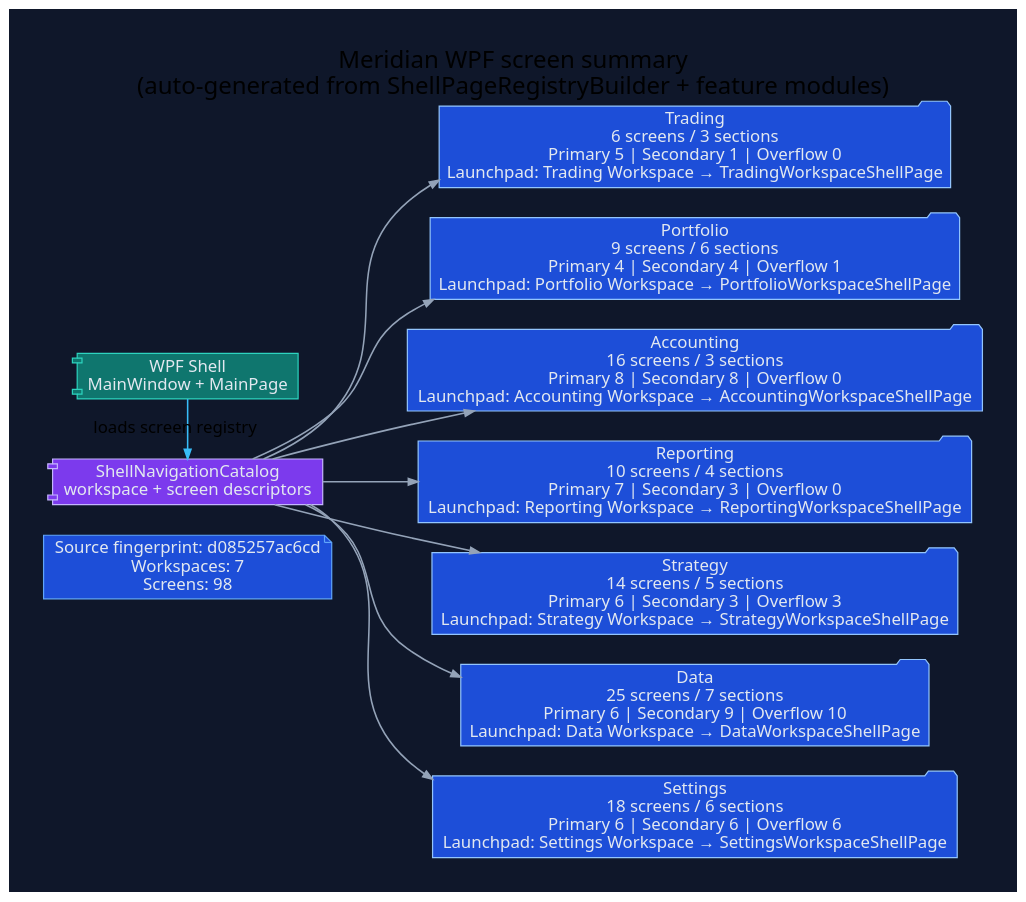
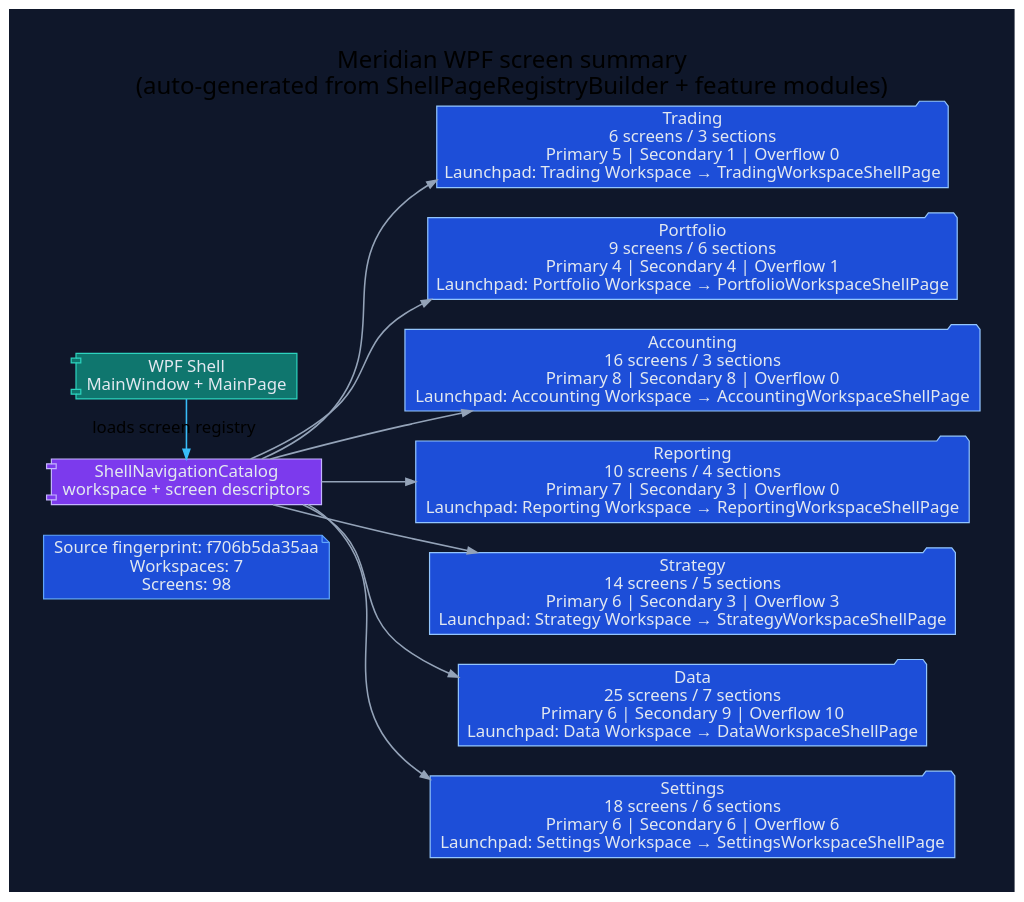
The diagram in docs/diagrams/ui-wpf-screen-summary.dot (rodoHasArrived/Meridian-main), drawn with Graphviz before and after one commit. The commit also changed 430 other files, not shown here.

```diff
--- a/docs/diagrams/ui-wpf-screen-summary.dot
+++ b/docs/diagrams/ui-wpf-screen-summary.dot
@@ -1,42 +1,42 @@
 // -----------------------------------------------------------------------------
 // <auto-generated>
 // Generated by scripts/generate-diagrams.mjs.
 // Do not edit this file directly; update the WPF source files instead.
 // -----------------------------------------------------------------------------
 digraph WpfScreenSummary {
   graph [
     rankdir=LR,
     labelloc=t,
     label="Meridian WPF screen summary\n(auto-generated from ShellPageRegistryBuilder + feature modules)",
     fontname="Segoe UI",
     fontsize=20,
     pad=0.4,
     nodesep=0.35,
     ranksep=0.85,
     bgcolor="#0f172a"
   ];
   node [fontname="Segoe UI", shape=box, style="rounded,filled", color="#475569", fontcolor="#e2e8f0", fillcolor="#1e293b"];
   edge [fontname="Segoe UI", color="#94a3b8", penwidth=1.3, arrowsize=0.8];
 
-  generated [shape=note, fillcolor="#1d4ed8", color="#60a5fa", label="Source fingerprint: d085257ac6cd\nWorkspaces: 7\nScreens: 98"];
+  generated [shape=note, fillcolor="#1d4ed8", color="#60a5fa", label="Source fingerprint: f706b5da35aa\nWorkspaces: 7\nScreens: 98"];
   shell [shape=component, fillcolor="#0f766e", color="#2dd4bf", label="WPF Shell\nMainWindow + MainPage"];
   catalog [shape=component, fillcolor="#7c3aed", color="#c4b5fd", label="ShellNavigationCatalog\nworkspace + screen descriptors"];
   shell -> catalog [label="loads screen registry", color="#38bdf8"];
 
   workspace_1 [shape=folder, fillcolor="#1d4ed8", color="#93c5fd", label="Trading\n6 screens / 3 sections\nPrimary 5 | Secondary 1 | Overflow 0\nLaunchpad: Trading Workspace → TradingWorkspaceShellPage"];
   catalog -> workspace_1;
   workspace_2 [shape=folder, fillcolor="#1d4ed8", color="#93c5fd", label="Portfolio\n9 screens / 6 sections\nPrimary 4 | Secondary 4 | Overflow 1\nLaunchpad: Portfolio Workspace → PortfolioWorkspaceShellPage"];
   catalog -> workspace_2;
   workspace_3 [shape=folder, fillcolor="#1d4ed8", color="#93c5fd", label="Accounting\n16 screens / 3 sections\nPrimary 8 | Secondary 8 | Overflow 0\nLaunchpad: Accounting Workspace → AccountingWorkspaceShellPage"];
   catalog -> workspace_3;
   workspace_4 [shape=folder, fillcolor="#1d4ed8", color="#93c5fd", label="Reporting\n10 screens / 4 sections\nPrimary 7 | Secondary 3 | Overflow 0\nLaunchpad: Reporting Workspace → ReportingWorkspaceShellPage"];
   catalog -> workspace_4;
   workspace_5 [shape=folder, fillcolor="#1d4ed8", color="#93c5fd", label="Strategy\n14 screens / 5 sections\nPrimary 6 | Secondary 3 | Overflow 3\nLaunchpad: Strategy Workspace → StrategyWorkspaceShellPage"];
   catalog -> workspace_5;
   workspace_6 [shape=folder, fillcolor="#1d4ed8", color="#93c5fd", label="Data\n25 screens / 7 sections\nPrimary 6 | Secondary 9 | Overflow 10\nLaunchpad: Data Workspace → DataWorkspaceShellPage"];
   catalog -> workspace_6;
   workspace_7 [shape=folder, fillcolor="#1d4ed8", color="#93c5fd", label="Settings\n18 screens / 6 sections\nPrimary 6 | Secondary 6 | Overflow 6\nLaunchpad: Settings Workspace → SettingsWorkspaceShellPage"];
   catalog -> workspace_7;
 
   { rank=min; generated; shell; catalog; }
 }
```
